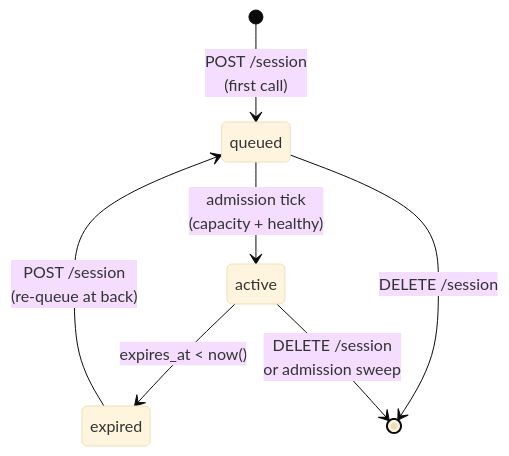
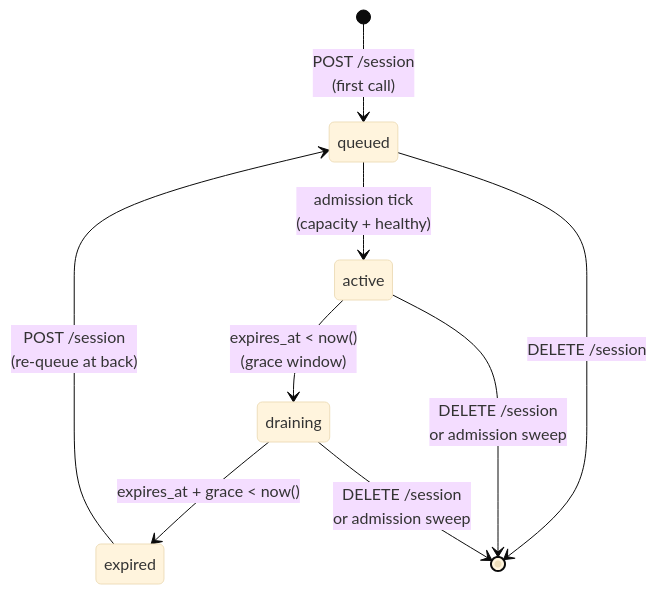
The second of 2 diagrams in docs/freebuff-waiting-room.md (CodebuffAI/codebuff), drawn with Mermaid (base theme) before and after one commit. The commit also changed other lines of this file and 11 other files, not shown here.

First line of the commit message:
Add freebuff session-end banner and drain-window handling

````diff
--- a/docs/freebuff-waiting-room.md
+++ b/docs/freebuff-waiting-room.md
@@ -89,9 +90,11 @@
 ```mermaid
 stateDiagram-v2
     [*] --> queued: POST /session<br/>(first call)
     queued --> active: admission tick<br/>(capacity + healthy)
-    active --> expired: expires_at < now()
+    active --> draining: expires_at < now()<br/>(grace window)
+    draining --> expired: expires_at + grace < now()
     expired --> queued: POST /session<br/>(re-queue at back)
     queued --> [*]: DELETE /session
     active --> [*]: DELETE /session<br/>or admission sweep
+    draining --> [*]: DELETE /session<br/>or admission sweep
 ```
````
